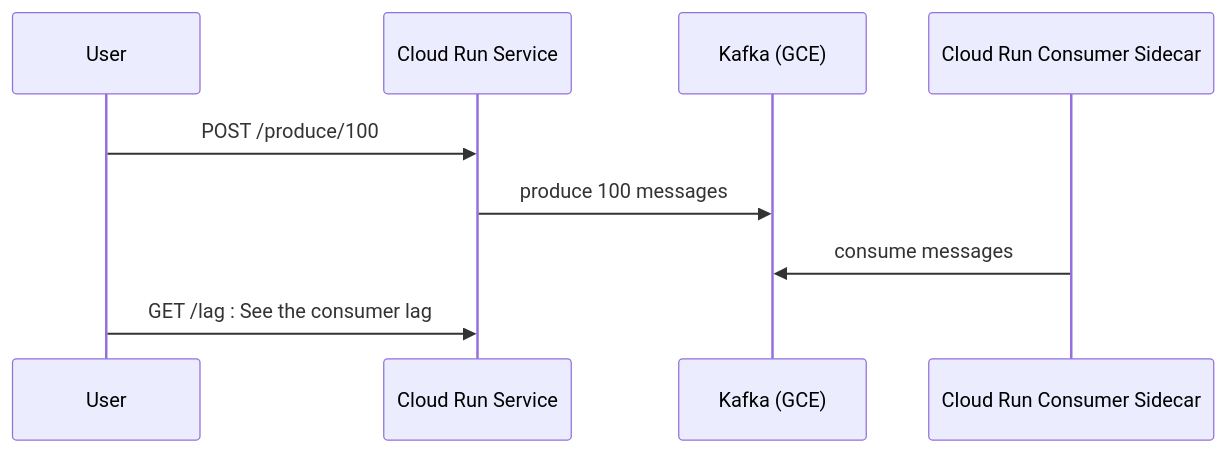
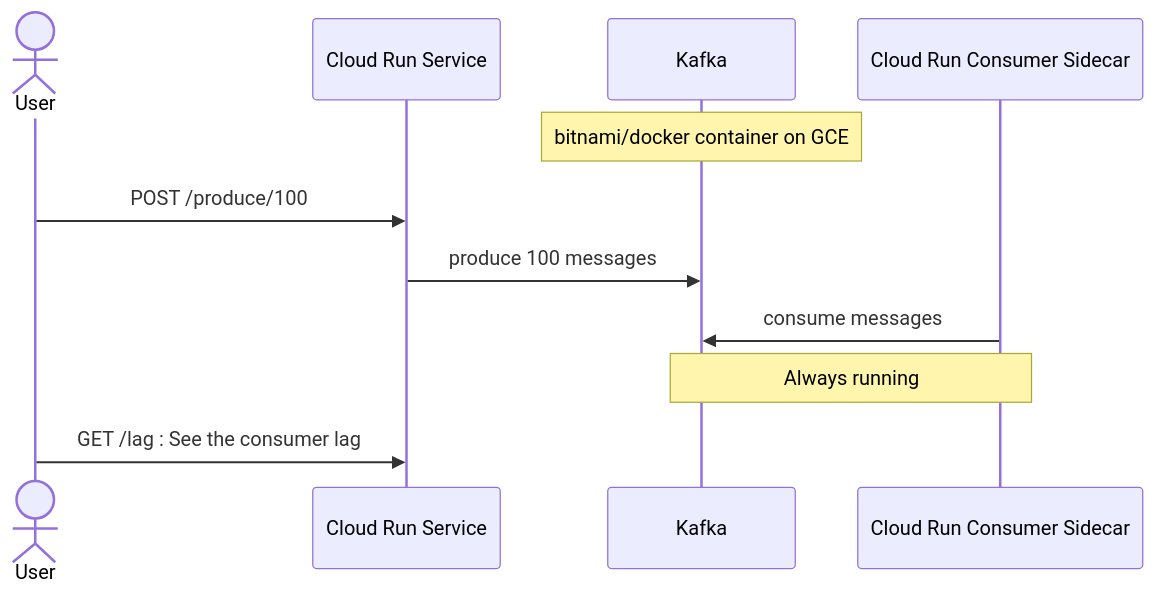
One commit to smsohan/kfk changed the diagram in README.md. Above: the diagram before and after it, drawn with Mermaid.

Commit message:
Adds some annotations to the diagram

````diff
--- a/README.md
+++ b/README.md
@@ -50,11 +50,13 @@
 ```mermaid
 sequenceDiagram
-    participant User
+    actor User
     participant Cloud Run Service
-    participant Kafka (GCE)
+    participant Kafka
+    Note over Kafka: bitnami/docker container on GCE
     participant Cloud Run Consumer Sidecar
     User ->> Cloud Run Service: POST /produce/100
-    Cloud Run Service ->> Kafka (GCE): produce 100 messages
-    Cloud Run Consumer Sidecar ->> Kafka (GCE): consume messages
+    Cloud Run Service ->> Kafka: produce 100 messages
+    Cloud Run Consumer Sidecar ->> Kafka: consume messages
+    Note over Cloud Run Consumer Sidecar,Kafka: Always running
     User ->> Cloud Run Service: GET /lag : See the consumer lag
 ```
````
